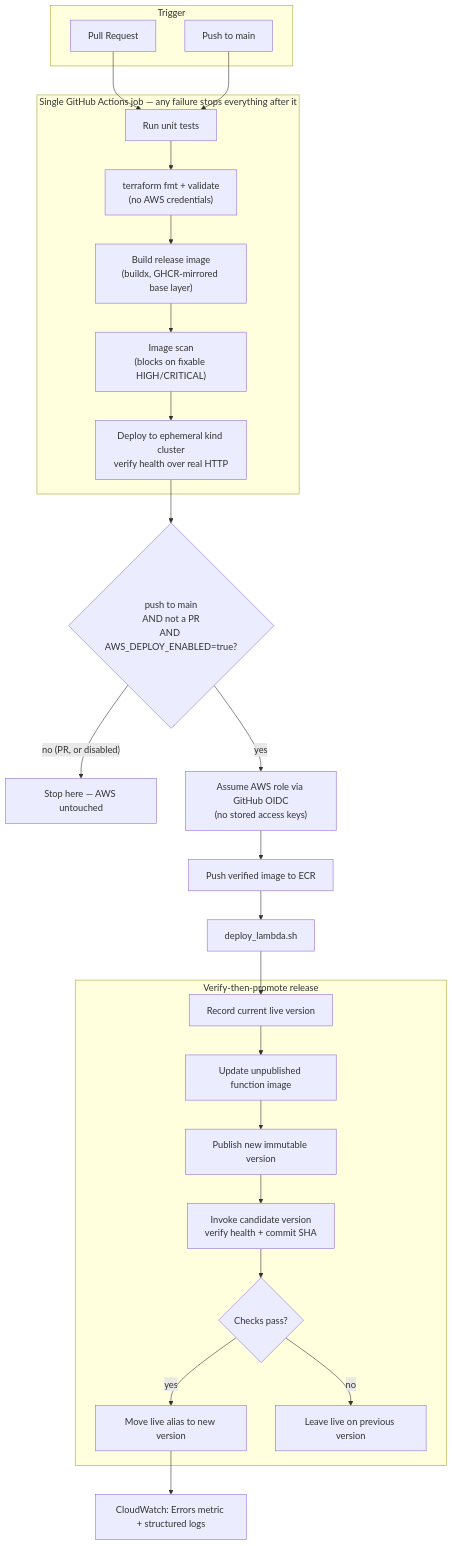
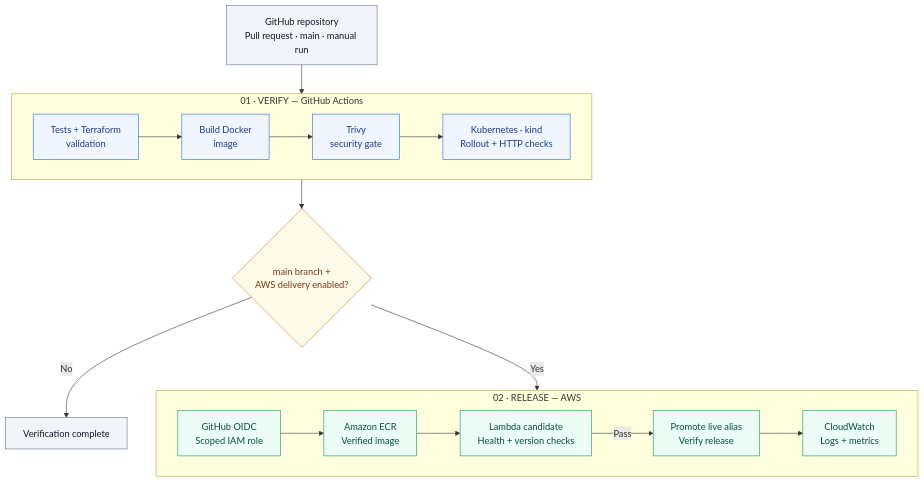
One commit to Khalil1000/cloud-devops-project changed the diagram in README.md. Above: the diagram before and after it, drawn with Mermaid. The commit also changed other lines of this file, not shown here.

Commit message:
docs: polish portfolio README and simplify architecture diagram

````diff
--- a/README.md
+++ b/README.md
@@ -30,41 +25,34 @@
 ```mermaid
 flowchart TB
-    subgraph trigger["Trigger"]
-        PR["Pull Request"]
-        PUSH["Push to main"]
+    SOURCE["GitHub repository<br/>Pull request · main · manual run"]
+
+    subgraph CI["01 · VERIFY — GitHub Actions"]
+        direction LR
+        TEST["Tests + Terraform<br/>validation"] --> BUILD["Build Docker<br/>image"]
+        BUILD --> SCAN["Trivy<br/>security gate"]
+        SCAN --> KIND["Kubernetes · kind<br/>Rollout + HTTP checks"]
     end
 
-    PR --> TEST
-    PUSH --> TEST
+    SOURCE --> TEST
+    KIND --> GATE{"main branch +<br/>AWS delivery enabled?"}
+    GATE -- No --> DONE["Verification complete"]
 
-    subgraph job["Single GitHub Actions job — any failure stops everything after it"]
-        TEST["Run unit tests"]
-        TF["terraform fmt + validate\n(no AWS credentials)"]
-        BUILD["Build release image\n(buildx, GHCR-mirrored base layer)"]
-        SCAN["Image scan\n(blocks on fixable HIGH/CRITICAL)"]
-        KIND["Deploy to ephemeral kind cluster\nverify health over real HTTP"]
-        TEST --> TF --> BUILD --> SCAN --> KIND
+    subgraph AWS["02 · RELEASE — AWS"]
+        direction LR
+        OIDC["GitHub OIDC<br/>Scoped IAM role"] --> ECR["Amazon ECR<br/>Verified image"]
+        ECR --> CANDIDATE["Lambda candidate<br/>Health + version checks"]
+        CANDIDATE -- Pass --> LIVE["Promote live alias<br/>Verify release"]
+        LIVE --> CW["CloudWatch<br/>Logs + metrics"]
     end
 
-    KIND --> GATE{"push to main\nAND not a PR\nAND AWS_DEPLOY_ENABLED=true?"}
-    GATE -- "no (PR, or disabled)" --> STOP["Stop here — AWS untouched"]
-    GATE -- "yes" --> OIDC["Assume AWS role via GitHub OIDC\n(no stored access keys)"]
-    OIDC --> PUSHECR["Push verified image to ECR"]
-    PUSHECR --> DEPLOY["deploy_lambda.sh"]
+    GATE -- Yes --> OIDC
 
-    subgraph deploy["Verify-then-promote release"]
-        D1["Record current live version"]
-        D2["Update unpublished function image"]
-        D3["Publish new immutable version"]
-        D4["Invoke candidate version\nverify health + commit SHA"]
-        D5{"Checks pass?"}
-        D6["Move live alias to new version"]
-        D7["Leave live on previous version"]
-        D1 --> D2 --> D3 --> D4 --> D5
-        D5 -- yes --> D6
-        D5 -- no --> D7
-    end
-
-    DEPLOY --> D1
-    D6 --> CW["CloudWatch: Errors metric + structured logs"]
+    classDef source fill:#f1f5f9,stroke:#64748b,color:#0f172a
+    classDef verify fill:#eff6ff,stroke:#2563eb,color:#1e3a8a
+    classDef decision fill:#fffbeb,stroke:#d97706,color:#78350f
+    classDef release fill:#ecfdf5,stroke:#059669,color:#064e3b
+    class SOURCE,DONE source
+    class TEST,BUILD,SCAN,KIND verify
+    class GATE decision
+    class OIDC,ECR,CANDIDATE,LIVE,CW release
 ```
````
